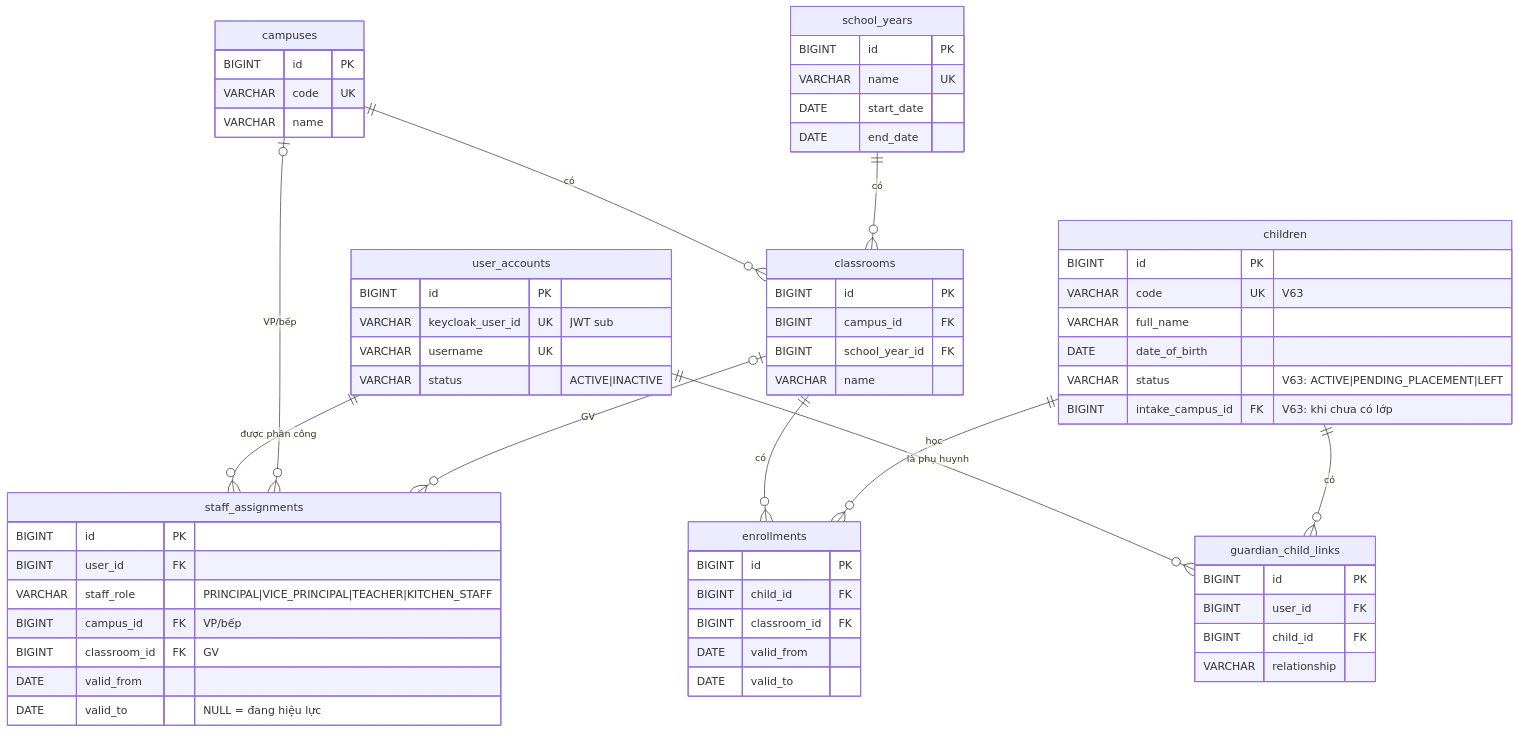
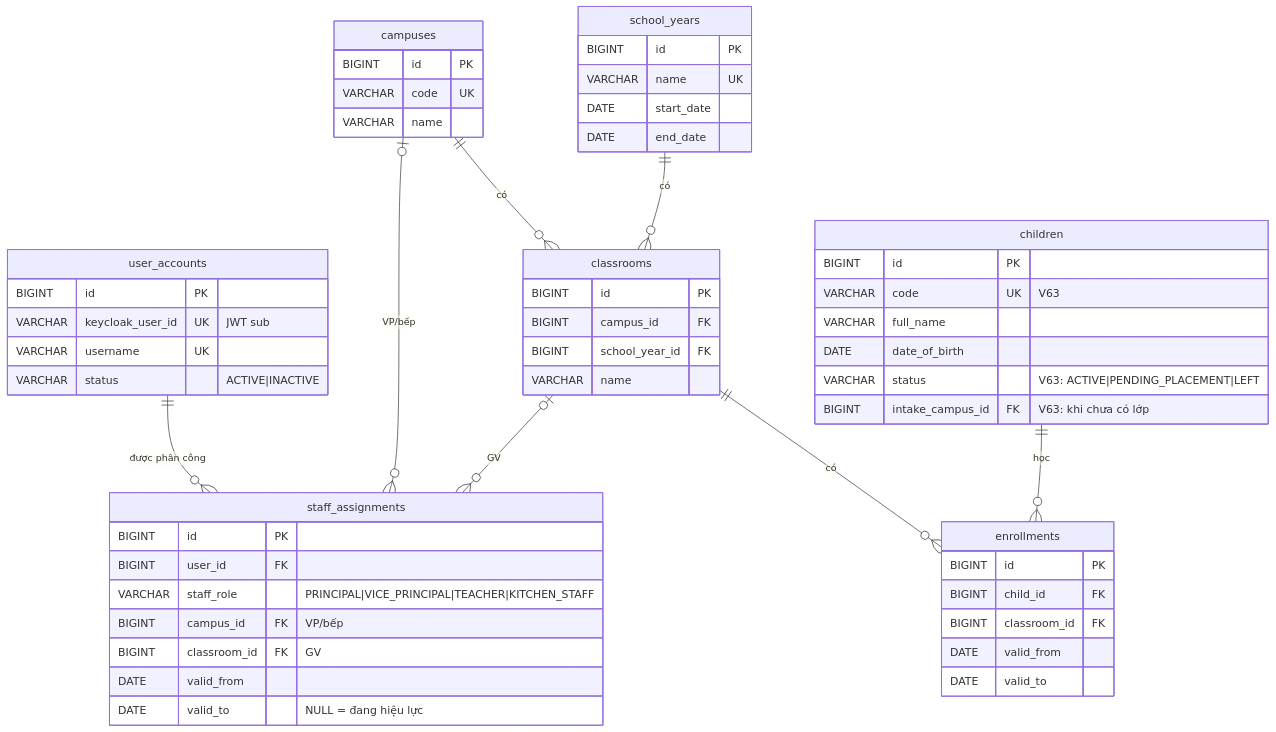
One commit to thang-04/CareNest_BE changed the first of 4 diagrams in docs/database/ERD.md. Above: the diagram before and after it, drawn with Mermaid. The commit also changed other lines of this file and 30 other files, not shown here.

````diff
--- a/docs/database/ERD.md
+++ b/docs/database/ERD.md
@@ -7,66 +8,58 @@
 ```mermaid
 erDiagram
     user_accounts ||--o{ staff_assignments : "được phân công"
-    user_accounts ||--o{ guardian_child_links : "là phụ huynh"
     campuses ||--o{ classrooms : "có"
     school_years ||--o{ classrooms : "có"
     campuses |o--o{ staff_assignments : "VP/bếp"
     classrooms |o--o{ staff_assignments : "GV"
     classrooms ||--o{ enrollments : "có"
     children ||--o{ enrollments : "học"
-    children ||--o{ guardian_child_links : "có"
 
     user_accounts {
         BIGINT id PK
         VARCHAR keycloak_user_id UK "JWT sub"
         VARCHAR username UK
         VARCHAR status "ACTIVE|INACTIVE"
     }
     campuses {
         BIGINT id PK
         VARCHAR code UK
         VARCHAR name
     }
     school_years {
         BIGINT id PK
         VARCHAR name UK
         DATE start_date
         DATE end_date
     }
     classrooms {
         BIGINT id PK
         BIGINT campus_id FK
         BIGINT school_year_id FK
         VARCHAR name
     }
     staff_assignments {
         BIGINT id PK
         BIGINT user_id FK
         VARCHAR staff_role "PRINCIPAL|VICE_PRINCIPAL|TEACHER|KITCHEN_STAFF"
         BIGINT campus_id FK "VP/bếp"
         BIGINT classroom_id FK "GV"
         DATE valid_from
         DATE valid_to "NULL = đang hiệu lực"
     }
     children {
         BIGINT id PK
         VARCHAR code UK "V63"
         VARCHAR full_name
         DATE date_of_birth
         VARCHAR status "V63: ACTIVE|PENDING_PLACEMENT|LEFT"
         BIGINT intake_campus_id FK "V63: khi chưa có lớp"
     }
     enrollments {
         BIGINT id PK
         BIGINT child_id FK
         BIGINT classroom_id FK
         DATE valid_from
         DATE valid_to
     }
-    guardian_child_links {
-        BIGINT id PK
-        BIGINT user_id FK
-        BIGINT child_id FK
-        VARCHAR relationship
-    }
 ```
````
